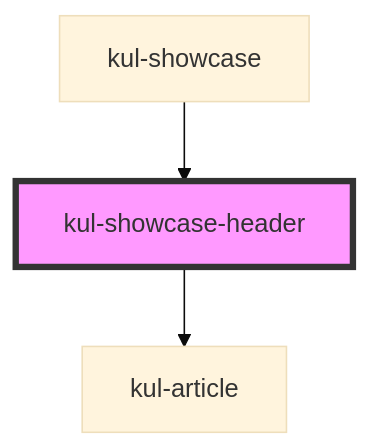
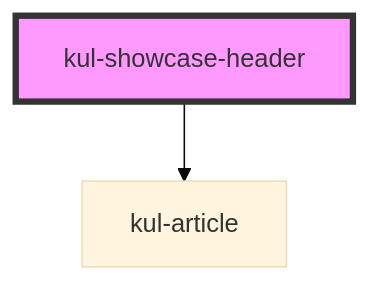
The diagram in packages/ketchup-lite/src/components/kul-showcase/layout/header/readme.md (smeup/ketchup), drawn with Mermaid (base theme) before and after one commit. The commit also changed other lines of this file and 25 other files, not shown here.

````diff
--- a/packages/ketchup-lite/src/components/kul-showcase/layout/header/readme.md
+++ b/packages/ketchup-lite/src/components/kul-showcase/layout/header/readme.md
@@ -30,6 +26,5 @@
 ```mermaid
 graph TD;
   kul-showcase-header --> kul-article
-  kul-showcase --> kul-showcase-header
   style kul-showcase-header fill:#f9f,stroke:#333,stroke-width:4px
 ```
````
